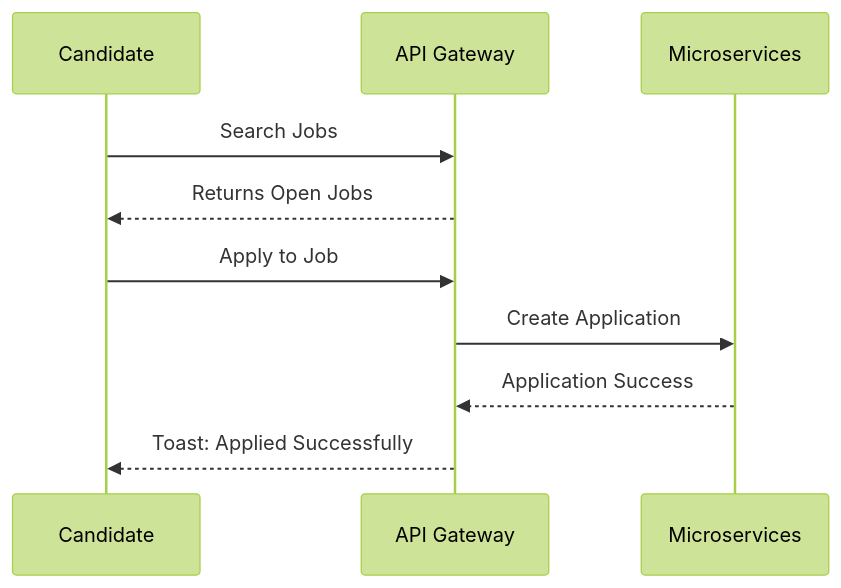
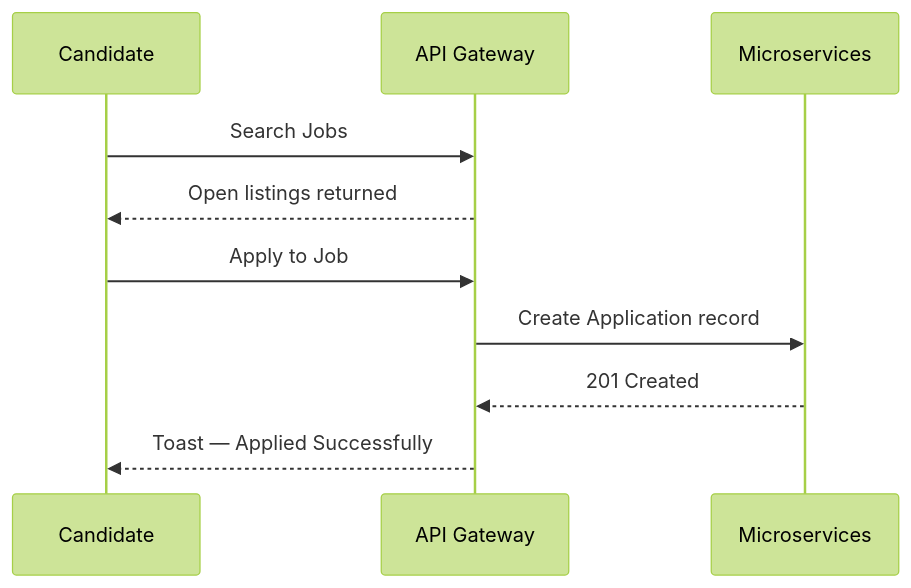
The second of 2 diagrams in README.md (Adarsh-Mishra05/HireConnect-Frontend), drawn with Mermaid (forest theme) before and after one commit. The commit also changed other lines of this file, not shown here.

````diff
--- a/README.md
+++ b/README.md
@@ -80,13 +105,13 @@
 ```mermaid
 sequenceDiagram
     participant C as Candidate
     participant G as API Gateway
     participant S as Microservices
-    
+
     C->>G: Search Jobs
-    G-->>C: Returns Open Jobs
+    G-->>C: Open listings returned
     C->>G: Apply to Job
-    G->>S: Create Application
-    S-->>G: Application Success
-    G-->>C: Toast: Applied Successfully
+    G->>S: Create Application record
+    S-->>G: 201 Created
+    G-->>C: Toast — Applied Successfully
 ```
````
